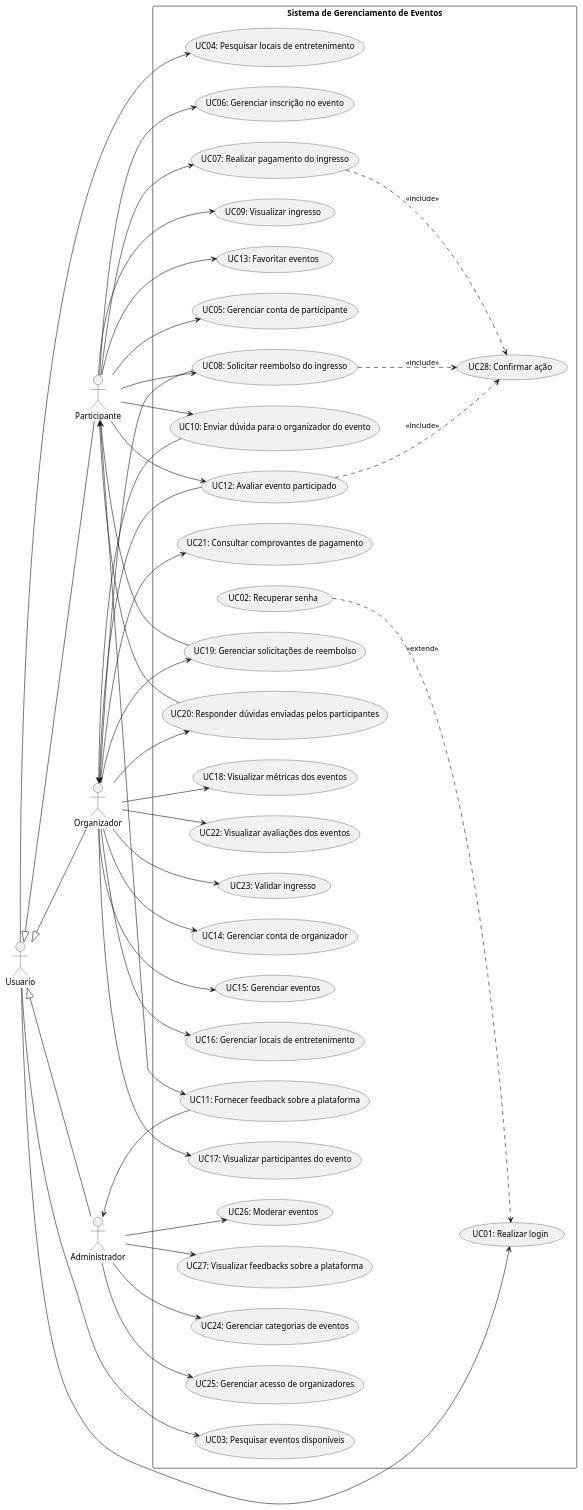
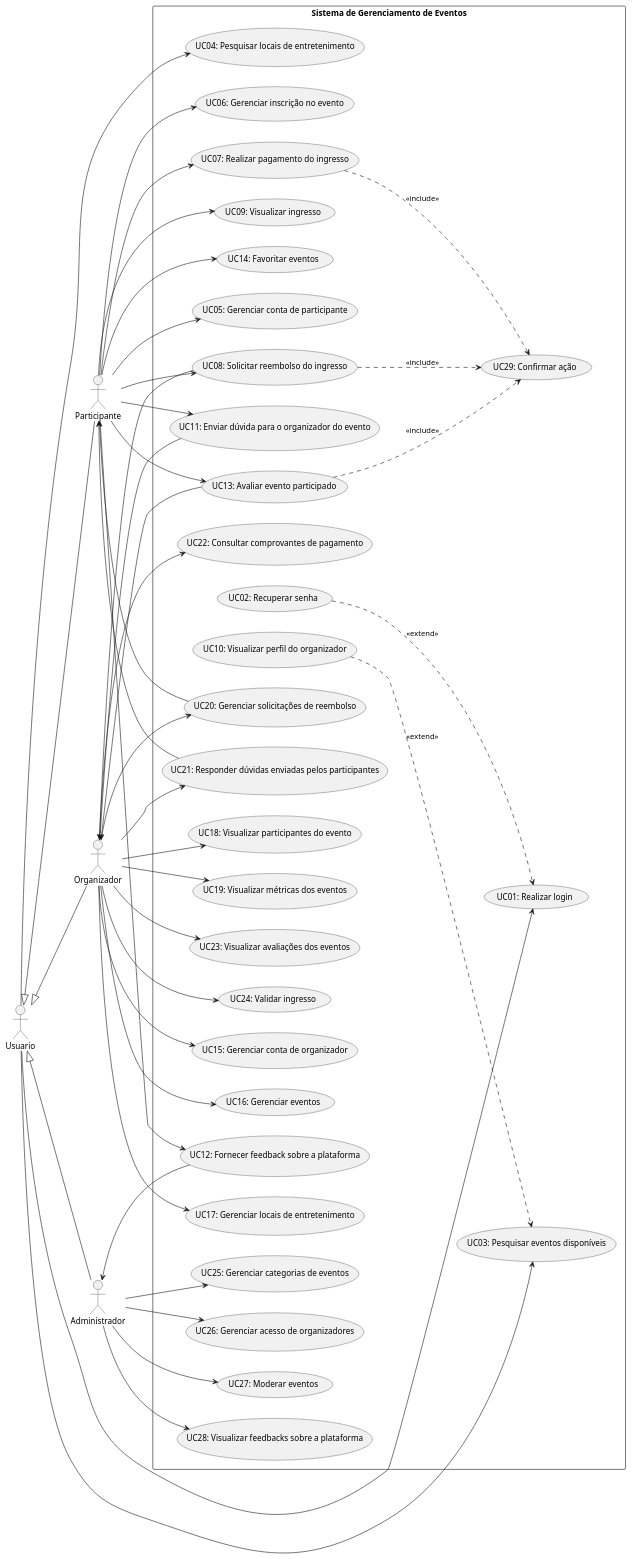
Before and after one commit to arturbomtempo-learning/software-project-final-work: the diagram in codes/use-case-diagram/use-case-diagram.puml, drawn with PlantUML. The commit also changed 1 other file, not shown here.

Commit message:
docs: update use case diagram

```diff
--- a/codes/use-case-diagram/use-case-diagram.puml
+++ b/codes/use-case-diagram/use-case-diagram.puml
@@ -1,100 +1,102 @@
 @startuml
 left to right direction
 
 skinparam packageStyle rectangle
 
 actor Usuario as User
 actor Participante as Part
 actor Organizador as Org
 actor Administrador as Admin
 
 User <|-- Part
 User <|-- Org
 User <|-- Admin
 
 rectangle "Sistema de Gerenciamento de Eventos" {
     usecase "UC01: Realizar login" as UC_Login
     usecase "UC02: Recuperar senha" as UC_ResetPassword
     usecase "UC03: Pesquisar eventos disponíveis" as UC_SearchEvents
     usecase "UC04: Pesquisar locais de entretenimento" as UC_SearchLocations
 
     usecase "UC05: Gerenciar conta de participante" as UC_ManageParticipant
     usecase "UC06: Gerenciar inscrição no evento" as UC_ManageReservation
     usecase "UC07: Realizar pagamento do ingresso" as UC_MakePayment
     usecase "UC08: Solicitar reembolso do ingresso" as UC_RequestRefund
     usecase "UC09: Visualizar ingresso" as UC_ViewTicket
-    usecase "UC10: Enviar dúvida para o organizador do evento" as UC_SubmitQuestion
-    usecase "UC11: Fornecer feedback sobre a plataforma" as UC_SubmitFeedback
-    usecase "UC12: Avaliar evento participado" as UC_RateEvent
-    usecase "UC13: Favoritar eventos" as UC_BookmarkEvent
+    usecase "UC10: Visualizar perfil do organizador" as UC_ViewOrganizer
+    usecase "UC11: Enviar dúvida para o organizador do evento" as UC_SubmitQuestion
+    usecase "UC12: Fornecer feedback sobre a plataforma" as UC_SubmitFeedback
+    usecase "UC13: Avaliar evento participado" as UC_RateEvent
+    usecase "UC14: Favoritar eventos" as UC_BookmarkEvent
 
-    usecase "UC14: Gerenciar conta de organizador" as UC_ManageOrganizer
-    usecase "UC15: Gerenciar eventos" as UC_ManageEvents
-    usecase "UC16: Gerenciar locais de entretenimento" as UC_ManageLocation
-    usecase "UC17: Visualizar participantes do evento" as UC_ViewParticipants
-    usecase "UC18: Visualizar métricas dos eventos" as UC_ViewMetrics
-    usecase "UC19: Gerenciar solicitações de reembolso" as UC_ManageRefund
-    usecase "UC20: Responder dúvidas enviadas pelos participantes" as UC_AnswerQuestions
-    usecase "UC21: Consultar comprovantes de pagamento" as UC_SearchReceipts
-    usecase "UC22: Visualizar avaliações dos eventos" as UC_ViewReviews
-    usecase "UC23: Validar ingresso" as UC_ValidateTicket
+    usecase "UC15: Gerenciar conta de organizador" as UC_ManageOrganizer
+    usecase "UC16: Gerenciar eventos" as UC_ManageEvents
+    usecase "UC17: Gerenciar locais de entretenimento" as UC_ManageLocation
+    usecase "UC18: Visualizar participantes do evento" as UC_ViewParticipants
+    usecase "UC19: Visualizar métricas dos eventos" as UC_ViewMetrics
+    usecase "UC20: Gerenciar solicitações de reembolso" as UC_ManageRefund
+    usecase "UC21: Responder dúvidas enviadas pelos participantes" as UC_AnswerQuestions
+    usecase "UC22: Consultar comprovantes de pagamento" as UC_SearchReceipts
+    usecase "UC23: Visualizar avaliações dos eventos" as UC_ViewReviews
+    usecase "UC24: Validar ingresso" as UC_ValidateTicket
 
-    usecase "UC24: Gerenciar categorias de eventos" as UC_ManageCategories
-    usecase "UC25: Gerenciar acesso de organizadores" as UC_ManageAccess
-    usecase "UC26: Moderar eventos" as UC_ModerateEvents
-    usecase "UC27: Visualizar feedbacks sobre a plataforma" as UC_ViewFeedbacks
+    usecase "UC25: Gerenciar categorias de eventos" as UC_ManageCategories
+    usecase "UC26: Gerenciar acesso de organizadores" as UC_ManageAccess
+    usecase "UC27: Moderar eventos" as UC_ModerateEvents
+    usecase "UC28: Visualizar feedbacks sobre a plataforma" as UC_ViewFeedbacks
 
-    usecase "UC28: Confirmar ação" as UC_ConfirmAction
+    usecase "UC29: Confirmar ação" as UC_ConfirmAction
 }
 
 User --> UC_Login
 User --> UC_SearchEvents
 User --> UC_SearchLocations
 
 Part --> UC_ManageParticipant
 Part --> UC_ManageReservation
 Part --> UC_MakePayment
 Part --> UC_ViewTicket
 
 Part --> UC_RequestRefund
 UC_RequestRefund --> Org
 
 Part --> UC_SubmitQuestion
 UC_SubmitQuestion --> Org
 
 Part --> UC_SubmitFeedback
 UC_SubmitFeedback --> Admin
 
 Part --> UC_RateEvent
 UC_RateEvent --> Org
 
 Part --> UC_BookmarkEvent
 
 Org --> UC_ManageOrganizer
 Org --> UC_ManageEvents
 Org --> UC_ManageLocation
 Org --> UC_ViewParticipants
 Org --> UC_ViewMetrics
 
 Org --> UC_ManageRefund
 UC_ManageRefund --> Part
 
 Org --> UC_AnswerQuestions
 UC_AnswerQuestions --> Part
 
 Org --> UC_SearchReceipts
 Org --> UC_ViewReviews
 Org --> UC_ValidateTicket
 
 Admin --> UC_ManageCategories
 Admin --> UC_ManageAccess
 Admin --> UC_ModerateEvents
 Admin --> UC_ViewFeedbacks
 
 UC_MakePayment ..> UC_ConfirmAction : <<include>>
 UC_RequestRefund ..> UC_ConfirmAction : <<include>>
 UC_RateEvent ..> UC_ConfirmAction : <<include>>
 
 UC_ResetPassword ..> UC_Login : <<extend>>
+UC_ViewOrganizer ..> UC_SearchEvents : <<extend>>
 
 @enduml
```
